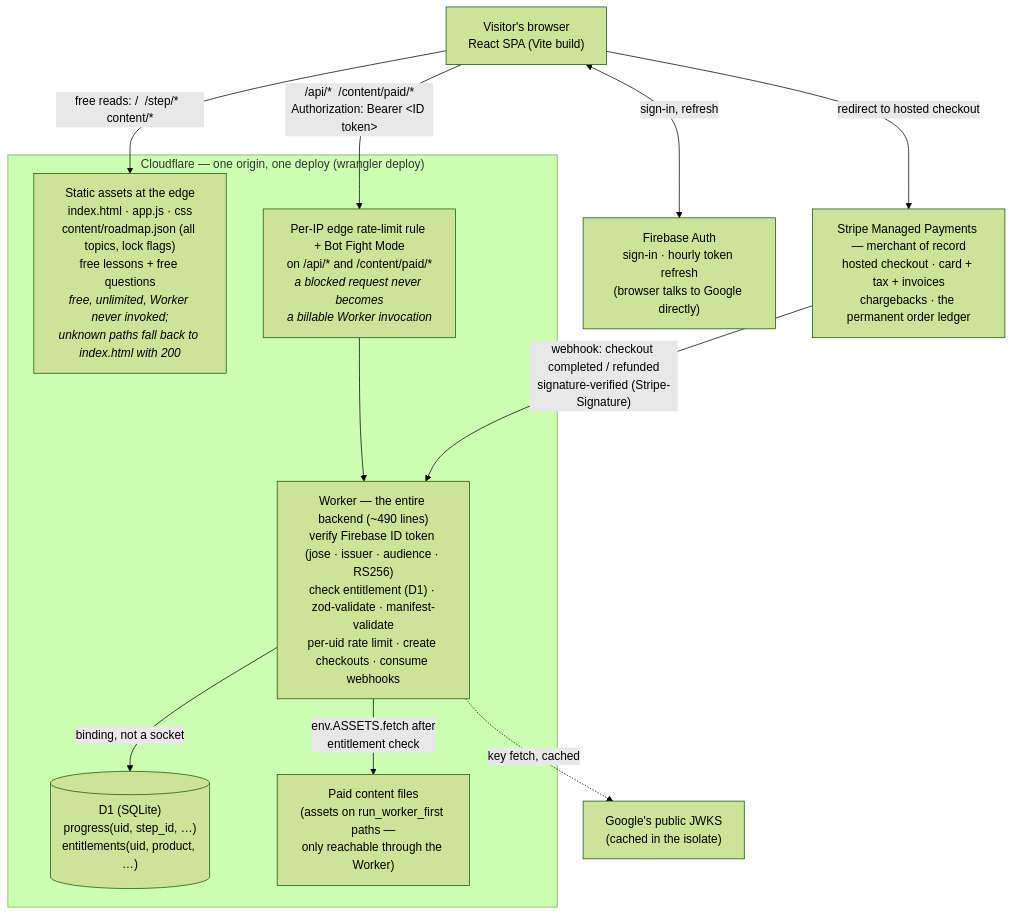
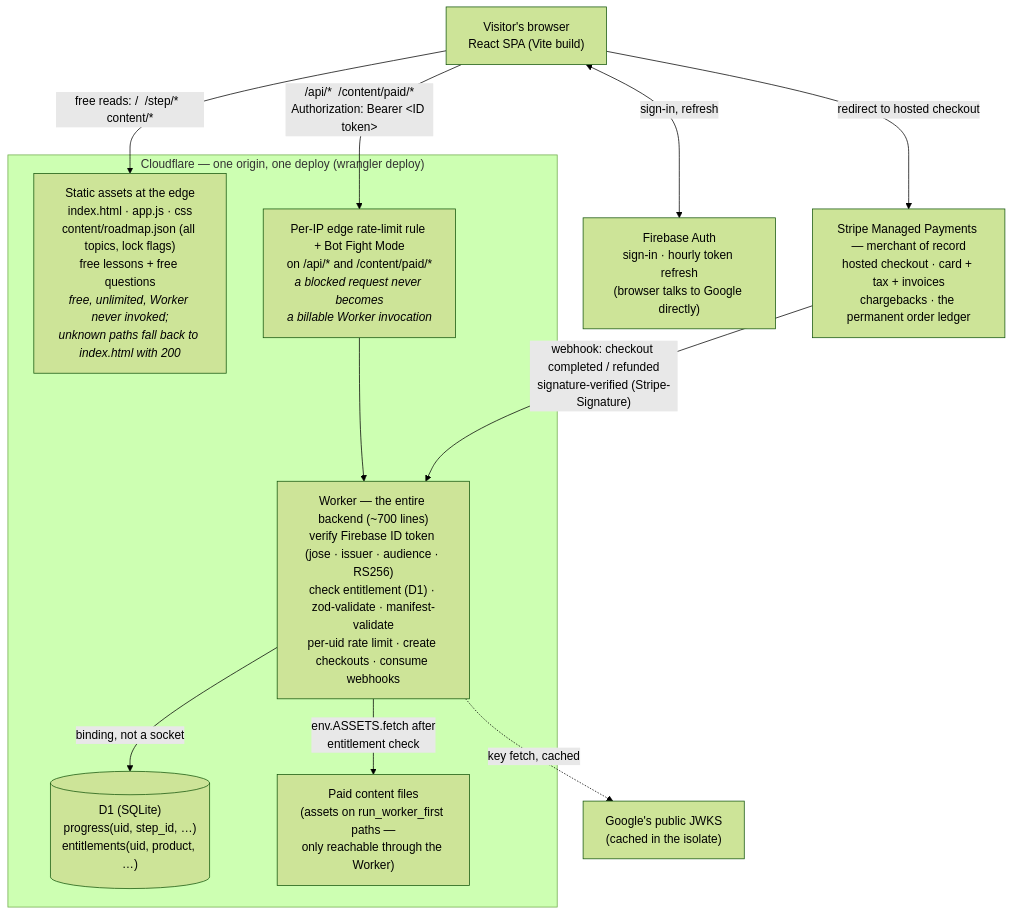
Before and after one commit to Wnayar/deepcs: the first of 2 diagrams in DESIGN.md, drawn with Mermaid (forest theme). The commit also changed other lines of this file and 30 other files, not shown here.

````diff
--- a/DESIGN.md
+++ b/DESIGN.md
@@ -62,26 +62,26 @@
 ```mermaid
 flowchart TD
     V["Visitor's browser<br/>React SPA (Vite build)"]
 
     subgraph CF["Cloudflare — one origin, one deploy (wrangler deploy)"]
         EDGE["Static assets at the edge<br/>index.html · app.js · css<br/>content/roadmap.json (all topics, lock flags)<br/>free lessons + free questions<br/><i>free, unlimited, Worker never invoked;<br/>unknown paths fall back to index.html with 200</i>"]
         RL["Per-IP edge rate-limit rule + Bot Fight Mode<br/>on /api/* and /content/paid/*<br/><i>a blocked request never becomes<br/>a billable Worker invocation</i>"]
-        W["Worker — the entire backend (~490 lines)<br/>verify Firebase ID token (jose · issuer · audience · RS256)<br/>check entitlement (D1) · zod-validate · manifest-validate<br/>per-uid rate limit · create checkouts · consume webhooks"]
+        W["Worker — the entire backend (~700 lines)<br/>verify Firebase ID token (jose · issuer · audience · RS256)<br/>check entitlement (D1) · zod-validate · manifest-validate<br/>per-uid rate limit · create checkouts · consume webhooks"]
         D1[("D1 (SQLite)<br/>progress(uid, step_id, …)<br/>entitlements(uid, product, …)")]
         PAID["Paid content files<br/>(assets on run_worker_first paths —<br/>only reachable through the Worker)"]
     end
 
     FB["Firebase Auth<br/>sign-in · hourly token refresh<br/>(browser talks to Google directly)"]
     JWKS["Google's public JWKS<br/>(cached in the isolate)"]
     PAY["Stripe Managed Payments — merchant of record<br/>hosted checkout · card + tax + invoices<br/>chargebacks · the permanent order ledger"]
 
     V -->|"free reads: /  /step/*  content/*"| EDGE
     V -->|"/api/*  /content/paid/*<br/>Authorization: Bearer &lt;ID token&gt;"| RL
     RL --> W
     W -->|"binding, not a socket"| D1
     W -->|"env.ASSETS.fetch after<br/>entitlement check"| PAID
     V <-->|"sign-in, refresh"| FB
     W -.->|"key fetch, cached"| JWKS
     V -->|"redirect to hosted checkout"| PAY
     PAY -->|"webhook: checkout completed / refunded<br/>signature-verified (Stripe-Signature)"| W
 ```
````
